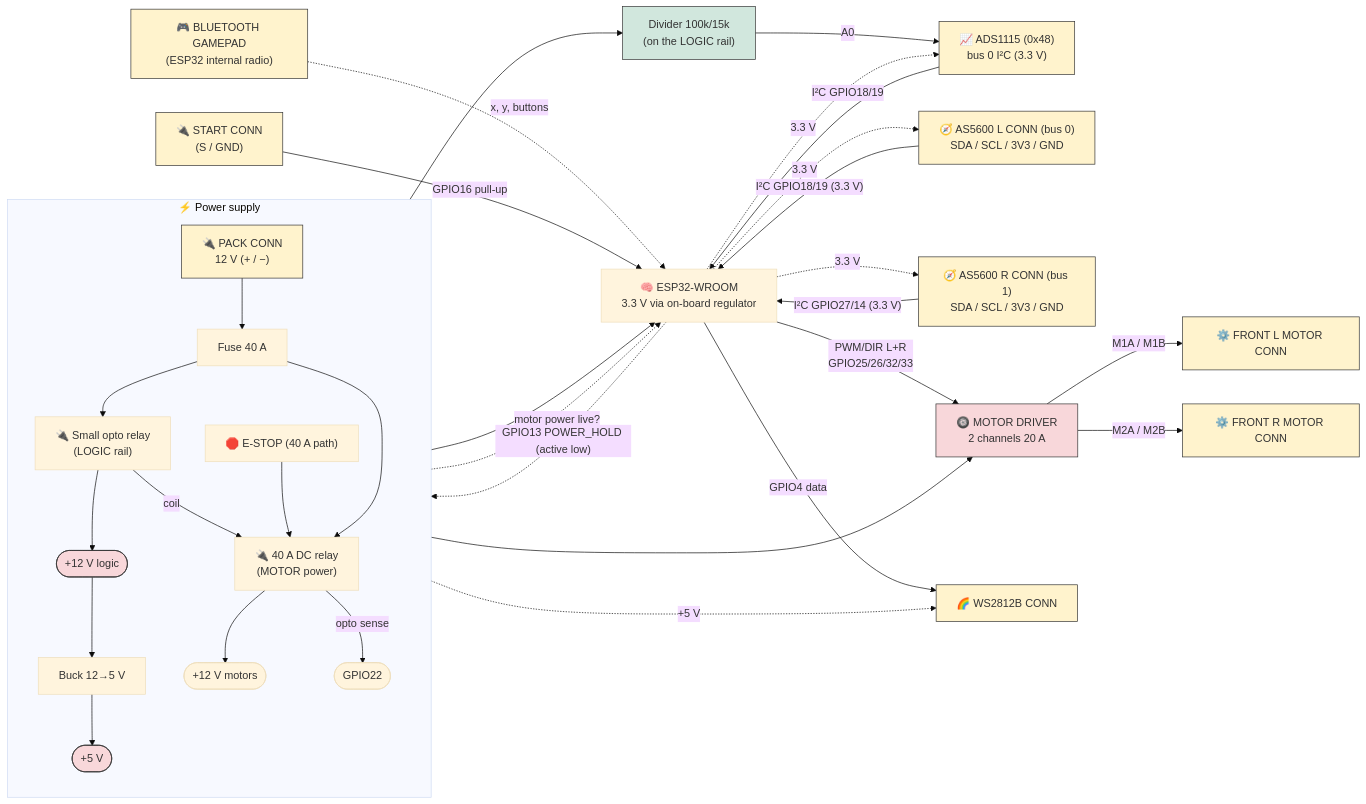
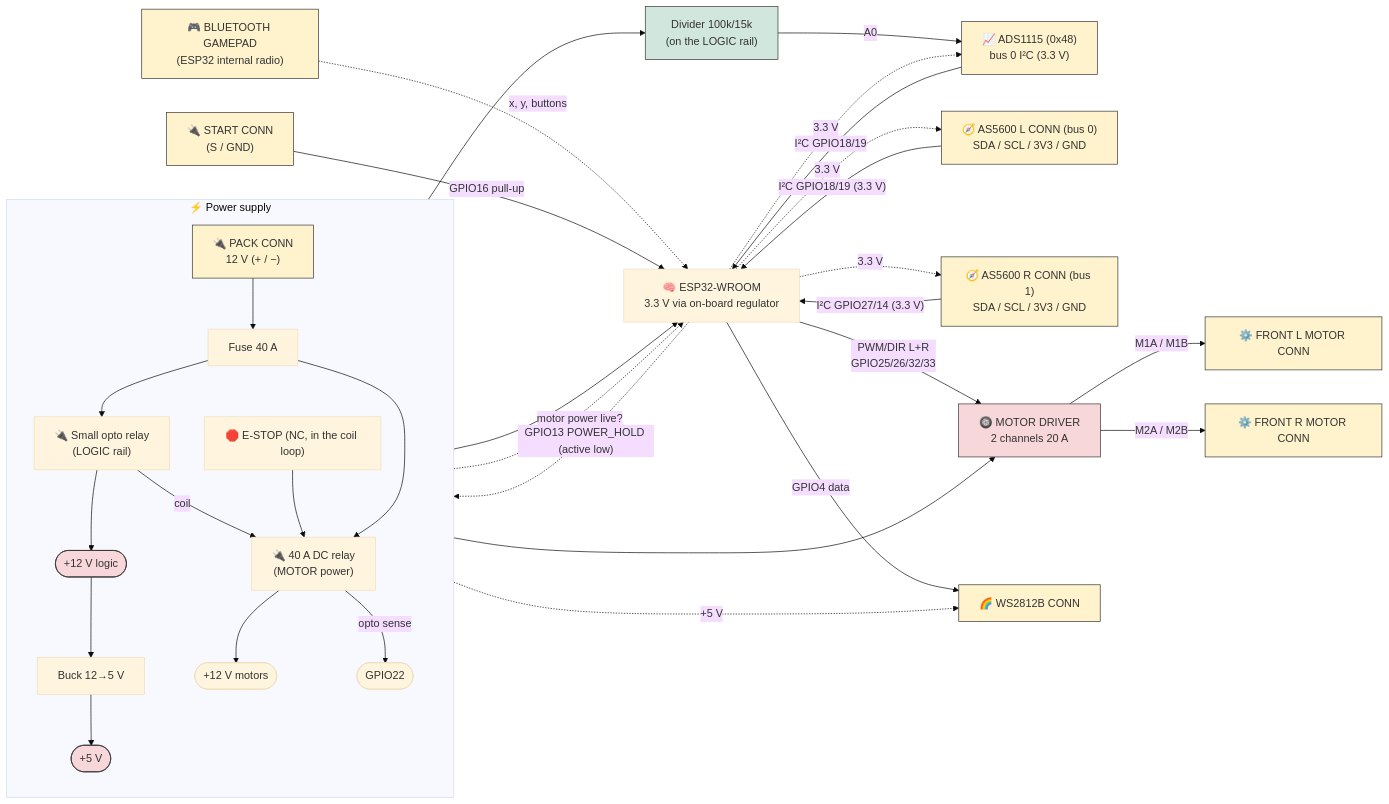
One commit to pinkymaxou/powered-soapbox-car changed the seventh of 10 diagrams in README.md. Above: the diagram before and after it, drawn with Mermaid (base theme). The commit also changed other lines of this file and 3 other files, not shown here.

````diff
--- a/README.md
+++ b/README.md
@@ -520,44 +520,44 @@
 ```mermaid
 flowchart LR
     subgraph PWR["⚡ Power supply"]
         direction TB
         PA["🔌 PACK CONN<br/>12 V (+ / −)"] --> FA["Fuse 40 A"] --> SR["🔌 Small opto relay<br/>(LOGIC rail)"]
         FA --> BR["🔌 40 A DC relay<br/>(MOTOR power)"]
         SR --> RAIL(["+12 V logic"])
         SR -->|"coil"| BR
-        ESTOP["🛑 E-STOP (40 A path)"] --> BR
+        ESTOP["🛑 E-STOP (NC, in the coil loop)"] --> BR
         BR --> MPWR(["+12 V motors"])
         BR -->|"opto sense"| SENSE(["GPIO22"])
         RAIL --> BUCK["Buck 12→5 V"] --> V5(["+5 V"])
     end
 
     ESP["🧠 ESP32-WROOM<br/>3.3 V via on-board regulator"]
     V5 --> ESP
     ESP -. "GPIO13 POWER_HOLD (active low)" .-> SR
     SENSE -.->|"motor power live?"| ESP
 
     PAD["🎮 BLUETOOTH GAMEPAD<br/>(ESP32 internal radio)"] -.->|"x, y, buttons"| ESP
     RAIL --> DIVB["Divider 100k/15k<br/>(on the LOGIC rail)"] -->|"A0"| ADS["📈 ADS1115 (0x48)<br/>bus 0 I²C (3.3 V)"]
     ADS -->|"I²C GPIO18/19"| ESP
     EG["🧭 AS5600 L CONN (bus 0)<br/>SDA / SCL / 3V3 / GND"] -->|"I²C GPIO18/19 (3.3 V)"| ESP
     ED["🧭 AS5600 R CONN (bus 1)<br/>SDA / SCL / 3V3 / GND"] -->|"I²C GPIO27/14 (3.3 V)"| ESP
     BST["🔌 START CONN<br/>(S / GND)"] -->|"GPIO16 pull-up"| ESP
 
     ESP -->|"PWM/DIR L+R<br/>GPIO25/26/32/33"| DRV["🛞 MOTOR DRIVER<br/>2 channels 20 A"]
     RAIL --> DRV
     DRV -->|"M1A / M1B"| MG["⚙️ FRONT L MOTOR CONN"]
     DRV -->|"M2A / M2B"| MD["⚙️ FRONT R MOTOR CONN"]
     ESP -->|"GPIO4 data"| WS["🌈 WS2812B CONN"]
 
     V5 -. "+5 V" .-> WS
     ESP -. "3.3 V" .-> EG
     ESP -. "3.3 V" .-> ED
     ESP -. "3.3 V" .-> ADS
 
     classDef pwr fill:#f8d7da,stroke:#333;
     classDef conn fill:#fff3cd,stroke:#333;
     classDef cond fill:#d1e7dd,stroke:#333;
     class RAIL,V5,LATCH,DRV pwr;
     class PA,PB,PAD,EG,ED,ADS,BST,MG,MD,WS conn;
     class DIVB cond;
 ```
````
